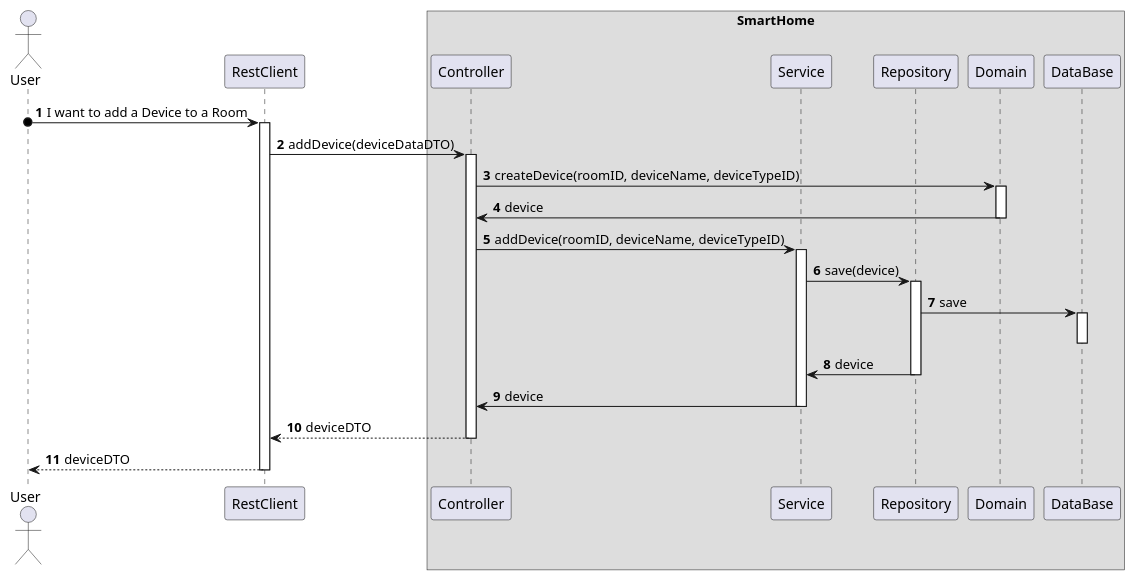
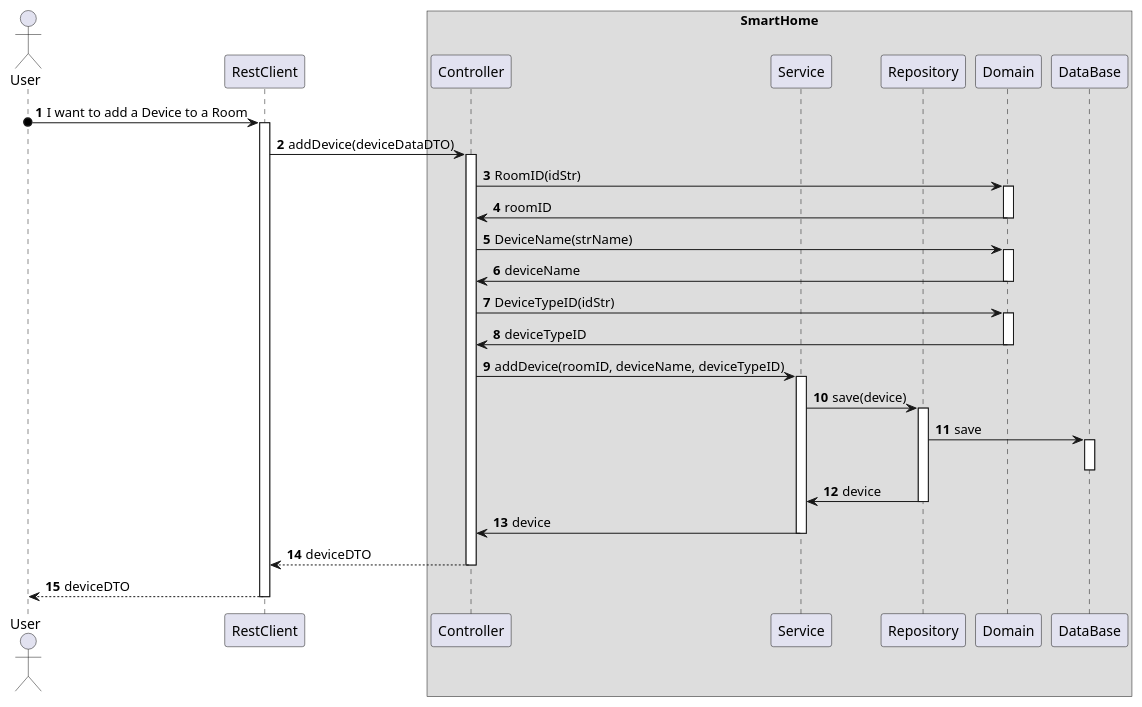
The diagram in docs/ooa/C4_4plus1_models/Level4/ProcessView/ProcessViewLevel4_UC05.puml (olivDiogo/SmartHome), drawn with PlantUML before and after one commit. The commit also changed 1 other file, not shown here.

```diff
--- a/docs/ooa/C4_4plus1_models/Level4/ProcessView/ProcessViewLevel4_UC05.puml
+++ b/docs/ooa/C4_4plus1_models/Level4/ProcessView/ProcessViewLevel4_UC05.puml
@@ -1,51 +1,61 @@
 @startuml
 'https://plantuml.com/sequence-diagram
 !pragma layout smetana
 
 autonumber
 
 actor "User" as User
 participant "RestClient" as RC
 
 box "SmartHome"
     participant "Controller" as CTRL
     participant "Service" as SV
     participant "Repository" as REPO
     participant "Domain" as DOM
     participant "DataBase" as BD
 end box
 
 User o-> RC : I want to add a Device to a Room
 activate RC
 
 RC -> CTRL : addDevice(deviceDataDTO)
 activate CTRL
 
-CTRL -> DOM : createDevice(roomID, deviceName, deviceTypeID)
+CTRL -> DOM : RoomID(idStr)
 activate DOM
-DOM -> CTRL : device
+DOM -> CTRL : roomID
+deactivate DOM
+
+CTRL -> DOM : DeviceName(strName)
+activate DOM
+DOM -> CTRL : deviceName
+deactivate DOM
+
+CTRL -> DOM : DeviceTypeID(idStr)
+activate DOM
+DOM -> CTRL : deviceTypeID
 deactivate DOM
 
 CTRL -> SV : addDevice(roomID, deviceName, deviceTypeID)
 activate SV
 
 SV -> REPO : save(device)
 activate REPO
 REPO -> BD : save
 activate BD
 deactivate BD
 REPO -> SV : device
 deactivate REPO
 
 SV -> CTRL : device
 deactivate SV
 
 
 CTRL --> RC : deviceDTO
 deactivate CTRL
 
 RC --> User : deviceDTO
 deactivate RC
 
 
 @enduml
```
